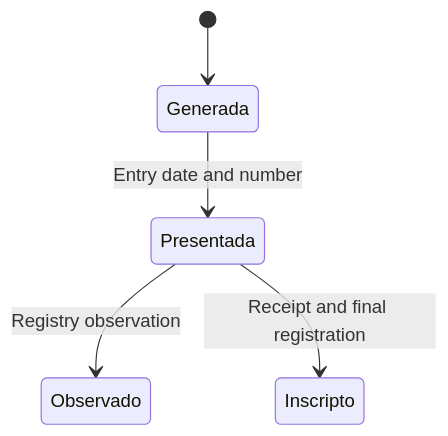
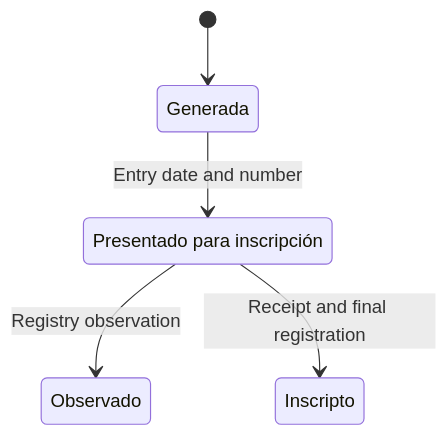
Before and after one commit to matiaspakua/notaire: the sixth of 16 diagrams in docs/200-architecture/203-design/CICLO-DE-VIDA.md, drawn with Mermaid. The commit also changed other lines of this file and 9 other files, not shown here.

````diff
--- a/docs/200-architecture/203-design/CICLO-DE-VIDA.md
+++ b/docs/200-architecture/203-design/CICLO-DE-VIDA.md
@@ -236,7 +236,8 @@
 ```mermaid
 stateDiagram-v2
   [*] --> Generada
-  Generada --> Presentada: Entry date and number
-  Presentada --> Observado: Registry observation
-  Presentada --> Inscripto: Receipt and final registration
+  Generada --> Submitted: Entry date and number
+  Submitted --> Observado: Registry observation
+  Submitted --> Inscripto: Receipt and final registration
+  state "Presentado para inscripción" as Submitted
 ```
````
